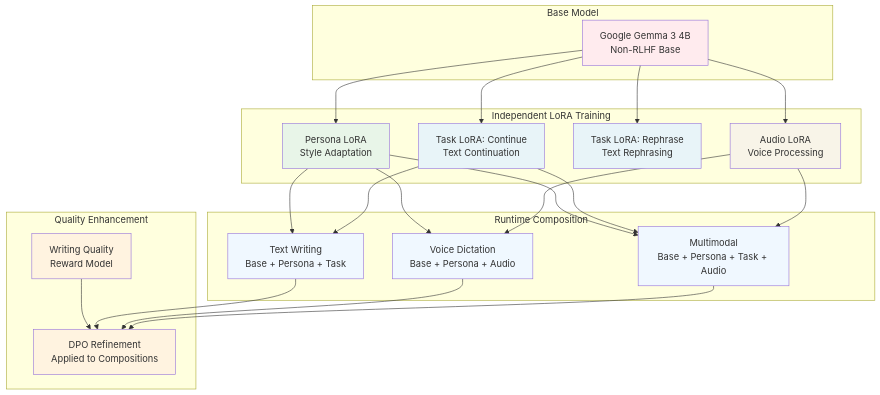
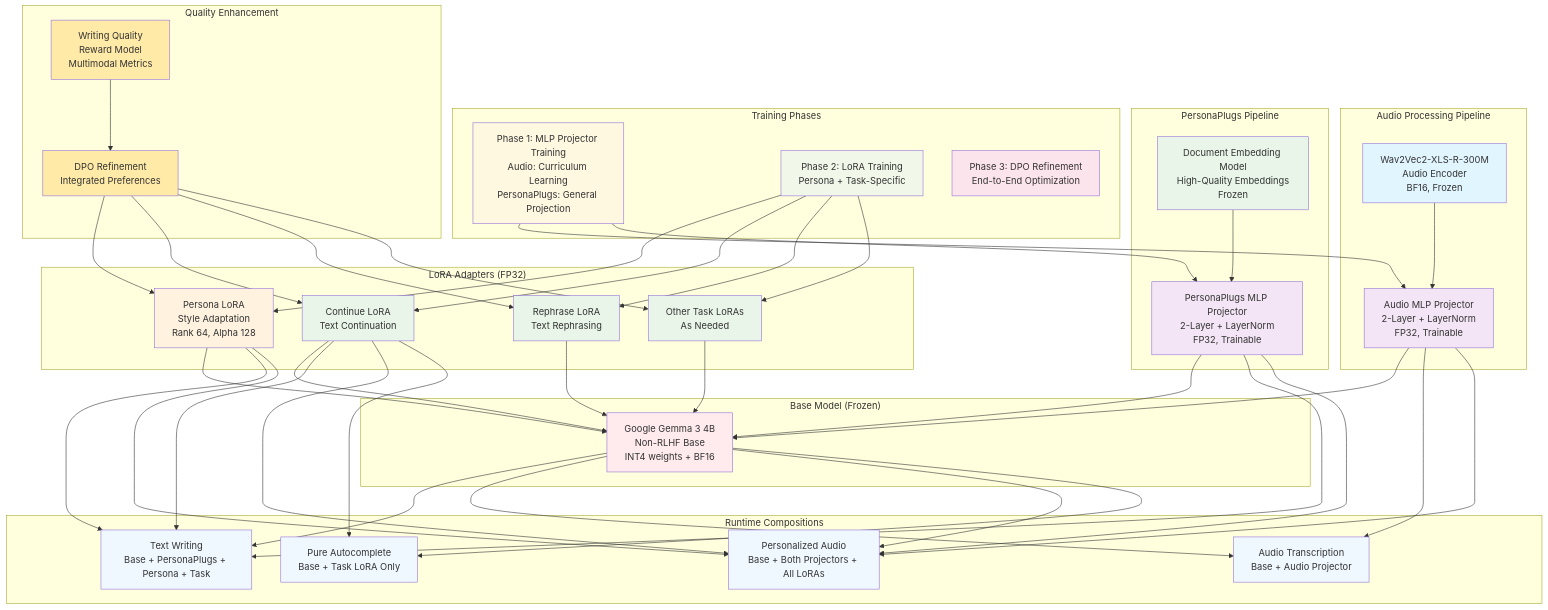
Before and after one commit to vladkalinichencko/Killah-Prototype: the first of 2 diagrams in Documents/llm.md, drawn with Mermaid. The commit also changed other lines of this file and 4 other files, not shown here.

````diff
--- a/Documents/llm.md
+++ b/Documents/llm.md
@@ -175,54 +225,100 @@
 ```mermaid
 graph TB
-    subgraph "Base Model"
-        G[Google Gemma 3 4B<br/>Non-RLHF Base]
+    subgraph "Base Model (Frozen)"
+        G[Google Gemma 3 4B<br/>Non-RLHF Base<br/>INT4 weights + BF16]
         style G fill:#ffebee
     end
     
-    subgraph "Independent LoRA Training"
-        P[Persona LoRA<br/>Style Adaptation]
-        T1[Task LoRA: Continue<br/>Text Continuation]
-        T2[Task LoRA: Rephrase<br/>Text Rephrasing]
-        A[Audio LoRA<br/>Voice Processing]
-        style P fill:#e8f5e8
-        style T1 fill:#e8f4f8
-        style T2 fill:#e8f4f8
-        style A fill:#f8f4e8
+    subgraph "Audio Processing Pipeline"
+        AE[Wav2Vec2-XLS-R-300M<br/>Audio Encoder<br/>BF16, Frozen]
+        AMP[Audio MLP Projector<br/>2-Layer + LayerNorm<br/>FP32, Trainable]
+        style AE fill:#e1f5fe
+        style AMP fill:#f3e5f5
     end
     
-    subgraph "Runtime Composition"
-        C1[Text Writing<br/>Base + Persona + Task]
-        C2[Voice Dictation<br/>Base + Persona + Audio]
-        C3[Multimodal<br/>Base + Persona + Task + Audio]
+    subgraph "PersonaPlugs Pipeline"
+        EE[Document Embedding Model<br/>High-Quality Embeddings<br/>Frozen]
+        PMP[PersonaPlugs MLP Projector<br/>2-Layer + LayerNorm<br/>FP32, Trainable]
+        style EE fill:#e8f5e8
+        style PMP fill:#f3e5f5
+    end
+    
+    subgraph "Training Phases"
+        P1[Phase 1: MLP Projector Training<br/>Audio: Curriculum Learning<br/>PersonaPlugs: General Projection]
+        P2[Phase 2: LoRA Training<br/>Persona + Task-Specific]
+        P3[Phase 3: DPO Refinement<br/>End-to-End Optimization]
+        style P1 fill:#fff8e1
+        style P2 fill:#f1f8e9
+        style P3 fill:#fce4ec
+    end
+    
+    subgraph "LoRA Adapters (FP32)"
+        PL[Persona LoRA<br/>Style Adaptation<br/>Rank 64, Alpha 128]
+        TL1[Continue LoRA<br/>Text Continuation]
+        TL2[Rephrase LoRA<br/>Text Rephrasing]
+        TL3[Other Task LoRAs<br/>As Needed]
+        style PL fill:#fff3e0
+        style TL1 fill:#e8f5e8
+        style TL2 fill:#e8f5e8
+        style TL3 fill:#e8f5e8
+    end
+    
+    subgraph "Runtime Compositions"
+        C1[Text Writing<br/>Base + PersonaPlugs + Persona + Task]
+        C2[Audio Transcription<br/>Base + Audio Projector]
+        C3[Personalized Audio<br/>Base + Both Projectors + All LoRAs]
+        C4[Pure Autocomplete<br/>Base + Task LoRA Only]
         style C1 fill:#f0f8ff
         style C2 fill:#f0f8ff
         style C3 fill:#f0f8ff
+        style C4 fill:#f0f8ff
     end
     
     subgraph "Quality Enhancement"
-        W[Writing Quality<br/>Reward Model]
-        D[DPO Refinement<br/>Applied to Compositions]
-        style W fill:#fff3e0
-        style D fill:#fff3e0
+        W[Writing Quality<br/>Reward Model<br/>Multimodal Metrics]
+        D[DPO Refinement<br/>Integrated Preferences]
+        style W fill:#ffeaa7
+        style D fill:#ffeaa7
     end
     
-    G --> P
-    G --> T1
-    G --> T2
-    G --> A
+    AE --> AMP
+    EE --> PMP
     
-    P --> C1
-    T1 --> C1
+    P1 --> AMP
+    P1 --> PMP
+    P2 --> PL
+    P2 --> TL1
+    P2 --> TL2
+    P2 --> TL3
     
-    P --> C2
-    A --> C2
+    AMP --> G
+    PMP --> G
+    PL --> G
+    TL1 --> G
+    TL2 --> G
+    TL3 --> G
     
-    P --> C3
-    T1 --> C3
-    A --> C3
+    G --> C1
+    G --> C2
+    G --> C3
+    G --> C4
+    
+    PMP --> C1
+    PL --> C1
+    TL1 --> C1
+    
+    AMP --> C2
+    
+    AMP --> C3
+    PMP --> C3
+    PL --> C3
+    TL1 --> C3
+    
+    TL1 --> C4
     
     W --> D
-    C1 --> D
-    C2 --> D
-    C3 --> D
+    D --> PL
+    D --> TL1
+    D --> TL2
+    D --> TL3
 ```
````
